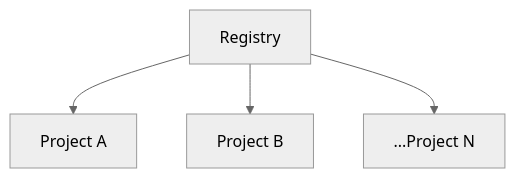
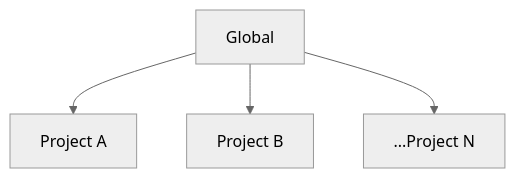
The diagram in docs/concepts/registry-access-control.md (feathr-ai/feathr), drawn with Mermaid (neutral theme) before and after one commit. The commit also changed other lines of this file, not shown here.

````diff
--- a/docs/concepts/registry-access-control.md
+++ b/docs/concepts/registry-access-control.md
@@ -25,6 +27,6 @@
 ```mermaid
 flowchart TD
-    A[Registry] --> B[Project A];
-    A[Registry] --> C[Project B];
-    A[Registry] --> D[...Project N];
+    A[Global] --> B[Project A];
+    A[Global] --> C[Project B];
+    A[Global] --> D[...Project N];
 ```
````
